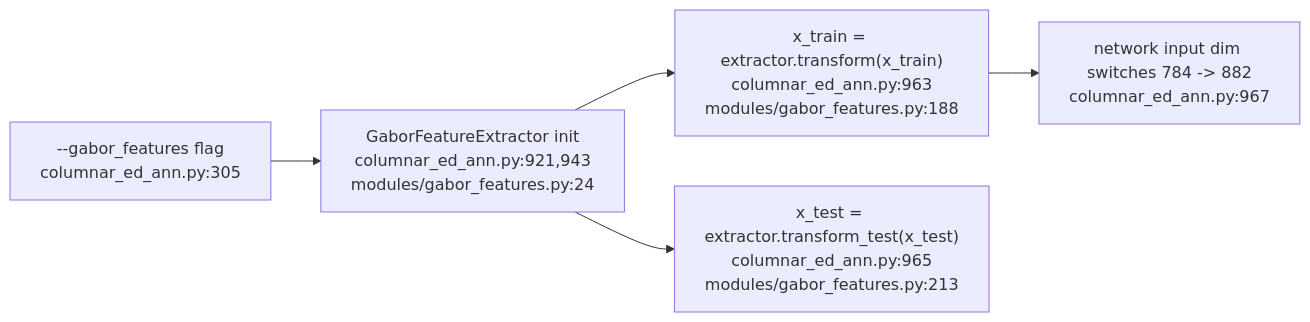
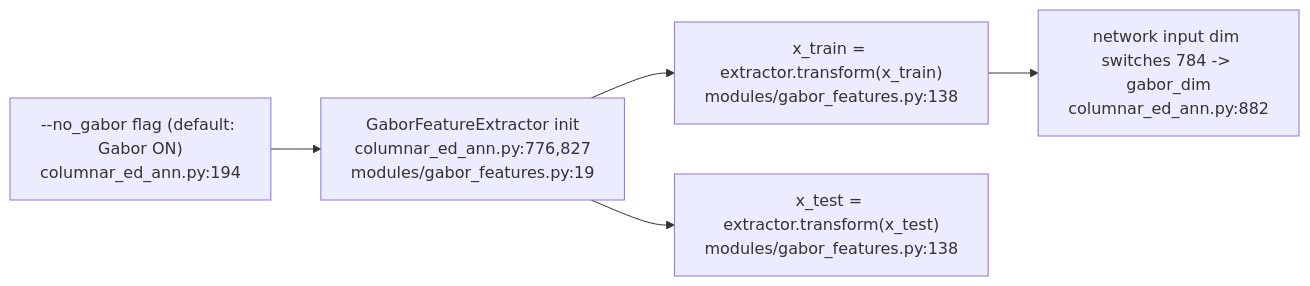
One commit to yoiwa0714/columnar_ed_ann changed the fifth of 6 diagrams in docs/en/ed_learning_mechanism_anchors_en.md. Above: the diagram before and after it, drawn with Mermaid. The commit also changed other lines of this file and 7 other files, not shown here.

````diff
--- a/docs/en/ed_learning_mechanism_anchors_en.md
+++ b/docs/en/ed_learning_mechanism_anchors_en.md
@@ -100,7 +92,7 @@
 ```mermaid
 flowchart LR
-    A["--gabor_features flag<br/>columnar_ed_ann.py:305"] --> B["GaborFeatureExtractor init<br/>columnar_ed_ann.py:921,943<br/>modules/gabor_features.py:24"]
-    B --> C["x_train = extractor.transform(x_train)<br/>columnar_ed_ann.py:963<br/>modules/gabor_features.py:188"]
-    B --> D["x_test = extractor.transform_test(x_test)<br/>columnar_ed_ann.py:965<br/>modules/gabor_features.py:213"]
-    C --> E["network input dim switches 784 -> 882<br/>columnar_ed_ann.py:967"]
+    A["--no_gabor flag (default: Gabor ON)<br/>columnar_ed_ann.py:194"] --> B["GaborFeatureExtractor init<br/>columnar_ed_ann.py:776,827<br/>modules/gabor_features.py:19"]
+    B --> C["x_train = extractor.transform(x_train)<br/>modules/gabor_features.py:138"]
+    B --> D["x_test = extractor.transform(x_test)<br/>modules/gabor_features.py:138"]
+    C --> E["network input dim switches 784 -> gabor_dim<br/>columnar_ed_ann.py:882"]
 ```
````
